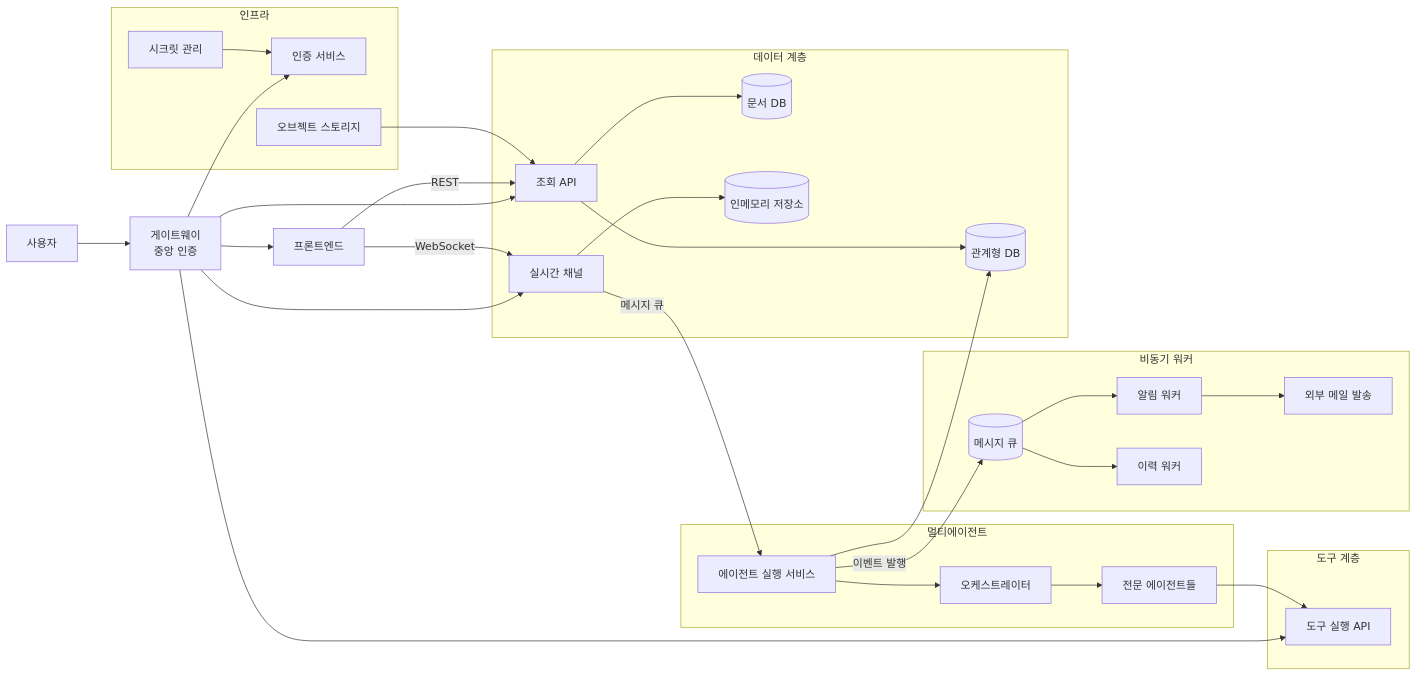
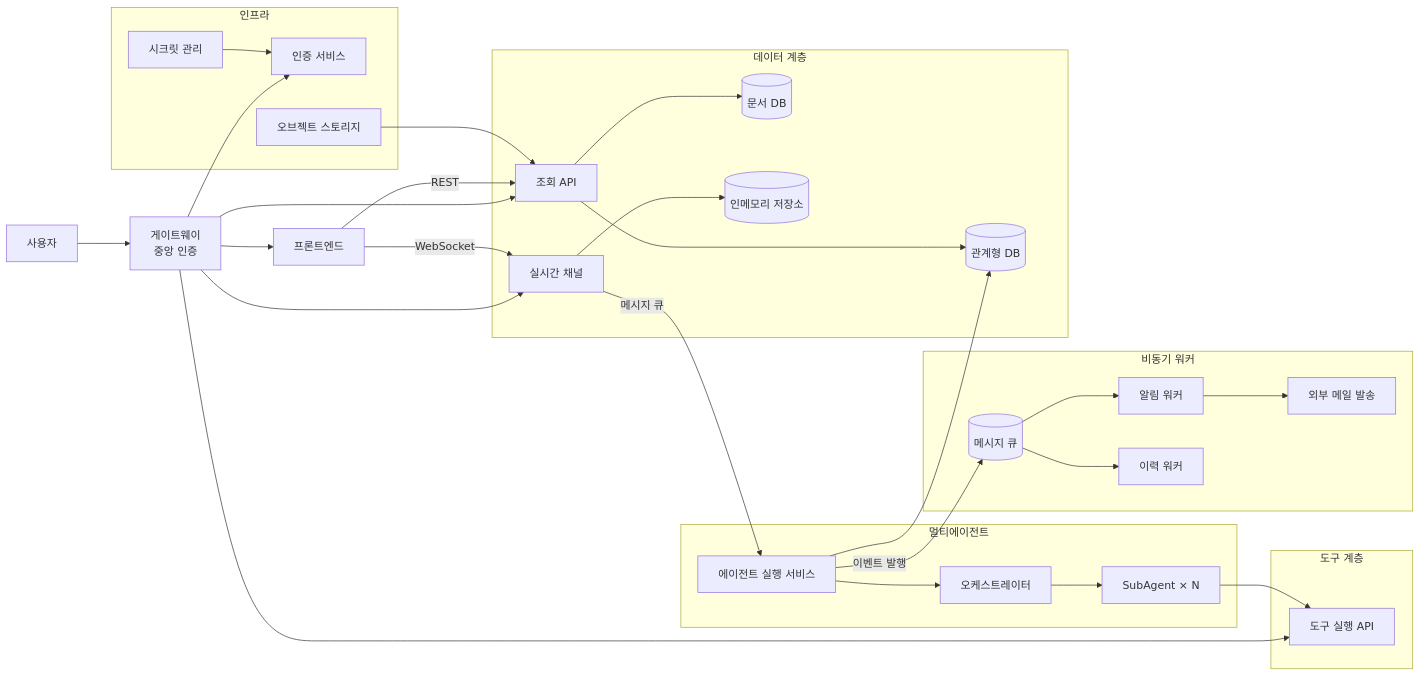
The diagram in data/architectures/projects/kimpro.mmd (genie49/genie-cv), drawn with Mermaid before and after one commit. The commit also changed 6 other files, not shown here.

First line of the commit message:
refactor: 서브에이전트 표기를 A~E 나열에서 SubAgent × N으로 통일

```diff
--- a/data/architectures/projects/kimpro.mmd
+++ b/data/architectures/projects/kimpro.mmd
@@ -1,39 +1,39 @@
 graph LR
     User[사용자] --> GW[게이트웨이<br/>중앙 인증]
     GW --> FE[프론트엔드]
     GW --> S1[인증 서비스]
     GW --> S2[조회 API]
     GW --> S3[실시간 채널]
     GW --> S4[도구 실행 API]
 
     FE -->|WebSocket| S3
     FE -->|REST| S2
     S3 -->|메시지 큐| WF[에이전트 실행 서비스]
 
     subgraph 멀티에이전트
         WF --> ORCH[오케스트레이터]
-        ORCH --> SUBS[전문 에이전트들]
+        ORCH --> SUBS["SubAgent × N"]
     end
 
     subgraph 비동기 워커
         MQ[(메시지 큐)] --> NW[알림 워커]
         MQ --> HW[이력 워커]
         WF -->|이벤트 발행| MQ
         NW --> MAIL[외부 메일 발송]
     end
 
     subgraph 데이터 계층
         S2 --> DOC[(문서 DB)]
         S2 --> REL[(관계형 DB)]
         WF --> REL
         S3 --> KV[(인메모리 저장소)]
     end
 
     subgraph 도구 계층
         SUBS --> S4
     end
 
     subgraph 인프라
         OBJ[오브젝트 스토리지] --> S2
         SEC[시크릿 관리] --> S1
     end
```
